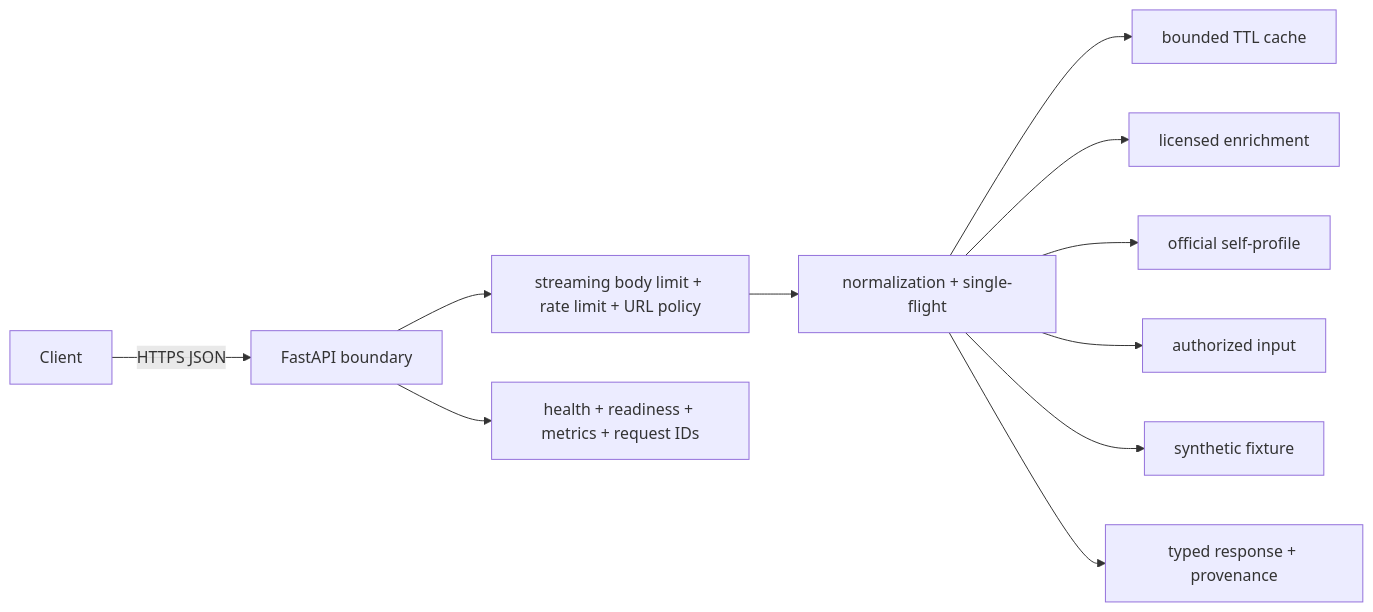
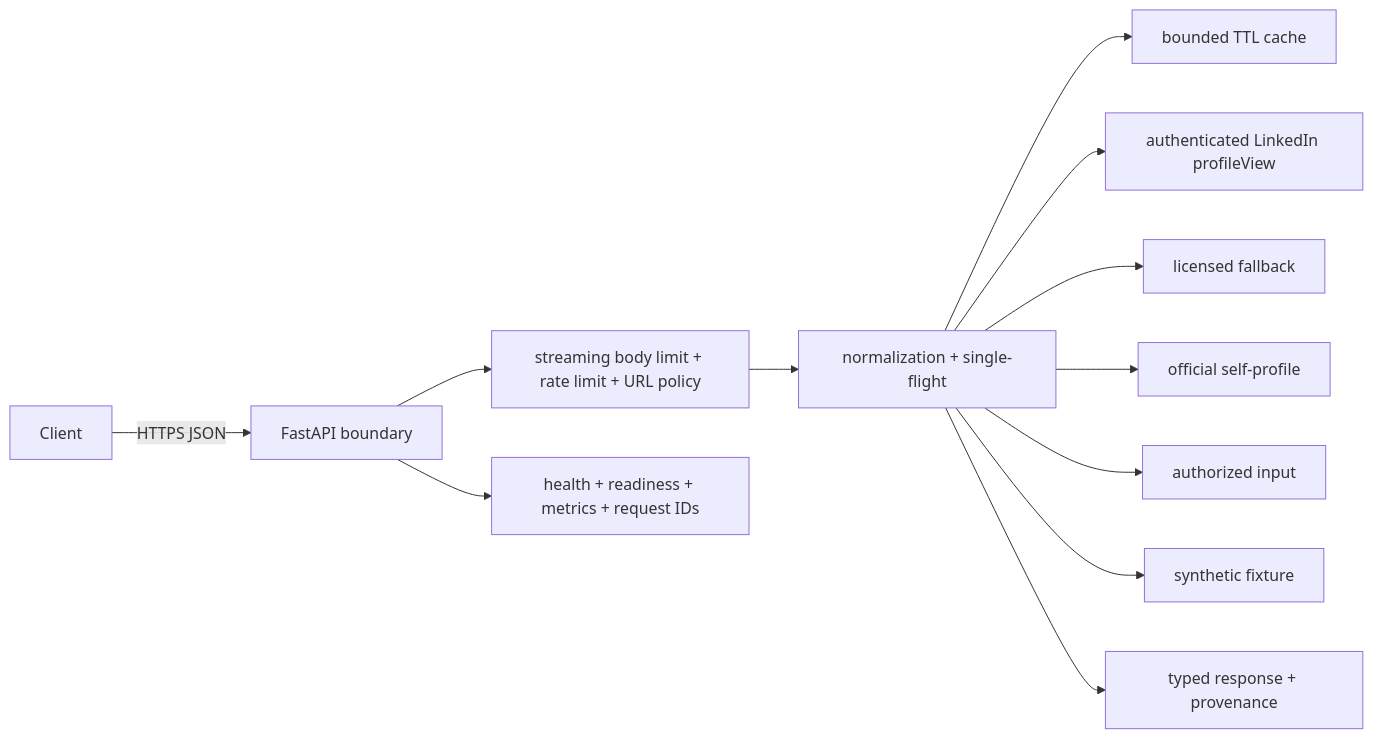
One commit to RitwijParmar/ProfileProof changed the diagram in README.md. Above: the diagram before and after it, drawn with Mermaid. The commit also changed other lines of this file and 12 other files, not shown here.

Commit message:
Add authenticated LinkedIn profile acquisition

````diff
--- a/README.md
+++ b/README.md
@@ -58,13 +53,14 @@
 ```mermaid
 flowchart LR
   Client -->|HTTPS JSON| API[FastAPI boundary]
   API --> Guard[streaming body limit + rate limit + URL policy]
   Guard --> Service[normalization + single-flight]
   Service --> Cache[bounded TTL cache]
-  Service --> PDL[licensed enrichment]
+  Service --> Voyager[authenticated LinkedIn profileView]
+  Service --> PDL[licensed fallback]
   Service --> OIDC[official self-profile]
   Service --> Consent[authorized input]
   Service --> Demo[synthetic fixture]
   Service --> Schema[typed response + provenance]
   API --> Ops[health + readiness + metrics + request IDs]
 ```
````
